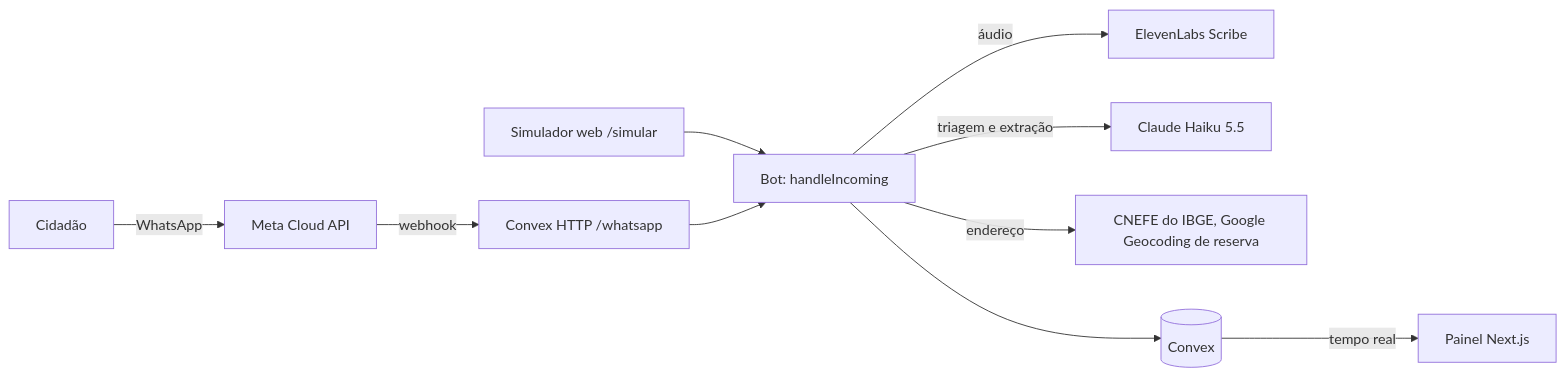
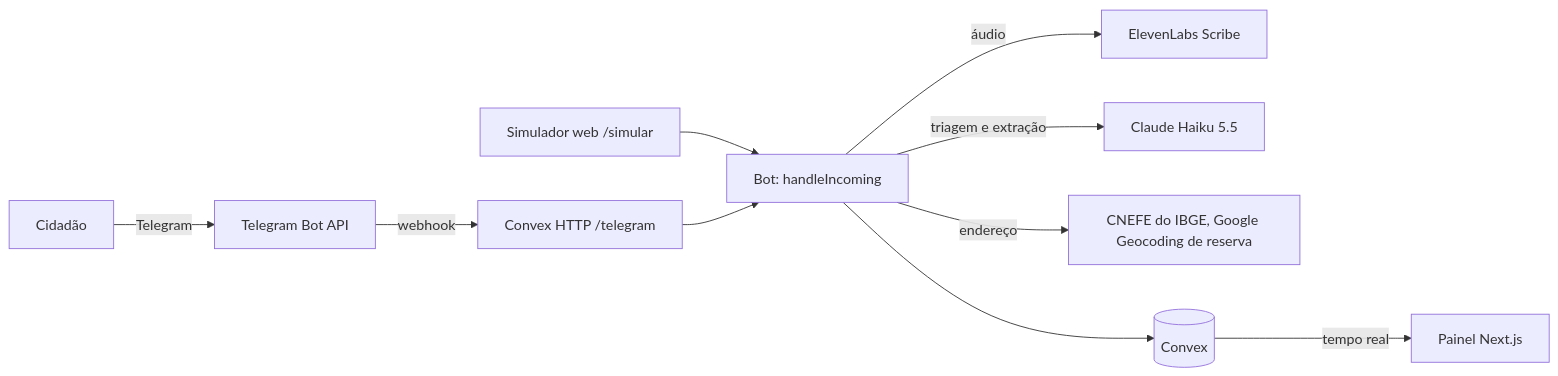
Before and after one commit to jonathangaldino/fiscaliz.ai: the diagram in README.md, drawn with Mermaid. The commit also changed other lines of this file and 5 other files, not shown here.

````diff
--- a/README.md
+++ b/README.md
@@ -40,12 +40,12 @@
 ```mermaid
 flowchart LR
-  C[Cidadão] -- WhatsApp --> M[Meta Cloud API]
-  M -- webhook --> H[Convex HTTP /whatsapp]
+  C[Cidadão] -- Telegram --> M[Telegram Bot API]
+  M -- webhook --> H[Convex HTTP /telegram]
   S[Simulador web /simular] --> Q
   H --> Q[Bot: handleIncoming]
   Q -- áudio --> E[ElevenLabs Scribe]
   Q -- triagem e extração --> A[Claude Haiku 5.5]
   Q -- endereço --> G[CNEFE do IBGE, Google Geocoding de reserva]
   Q --> DB[(Convex)]
   DB -- tempo real --> P[Painel Next.js]
 ```
````
